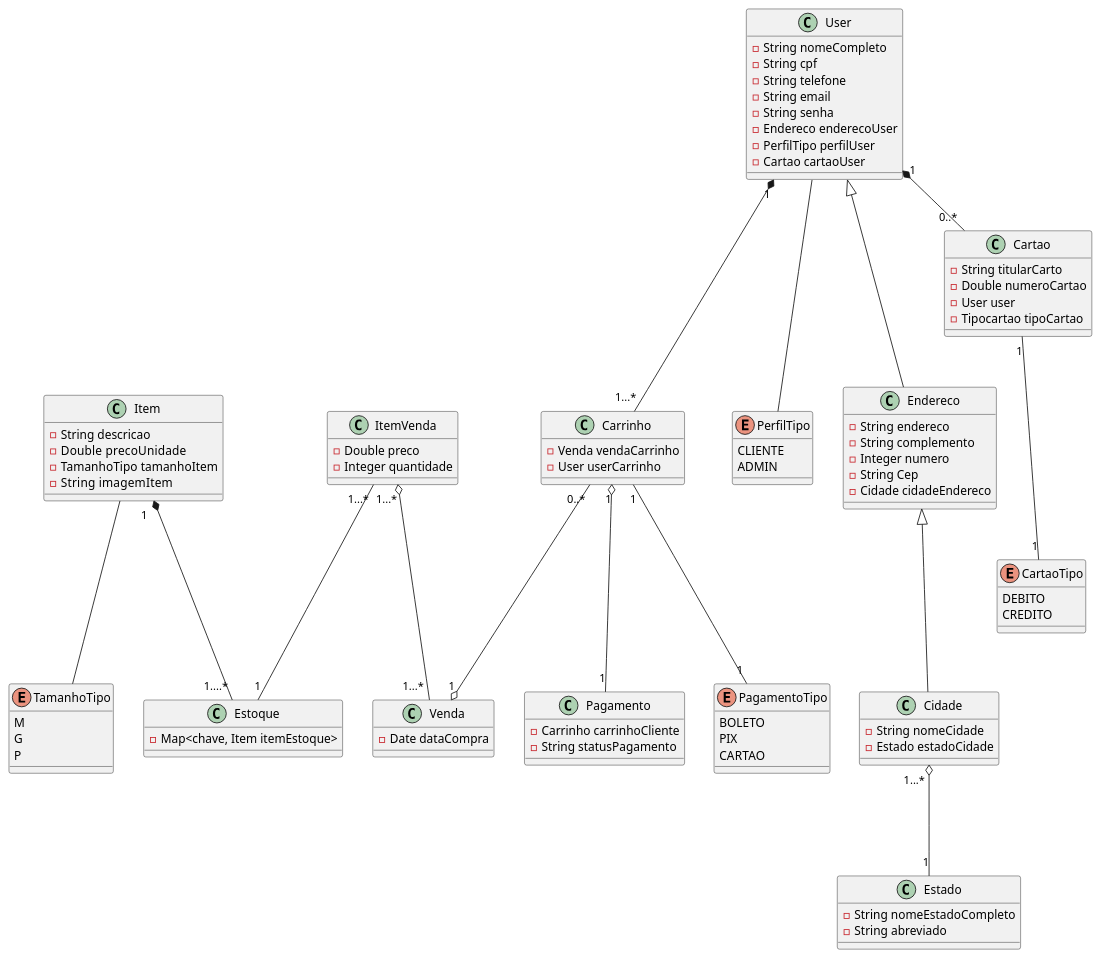
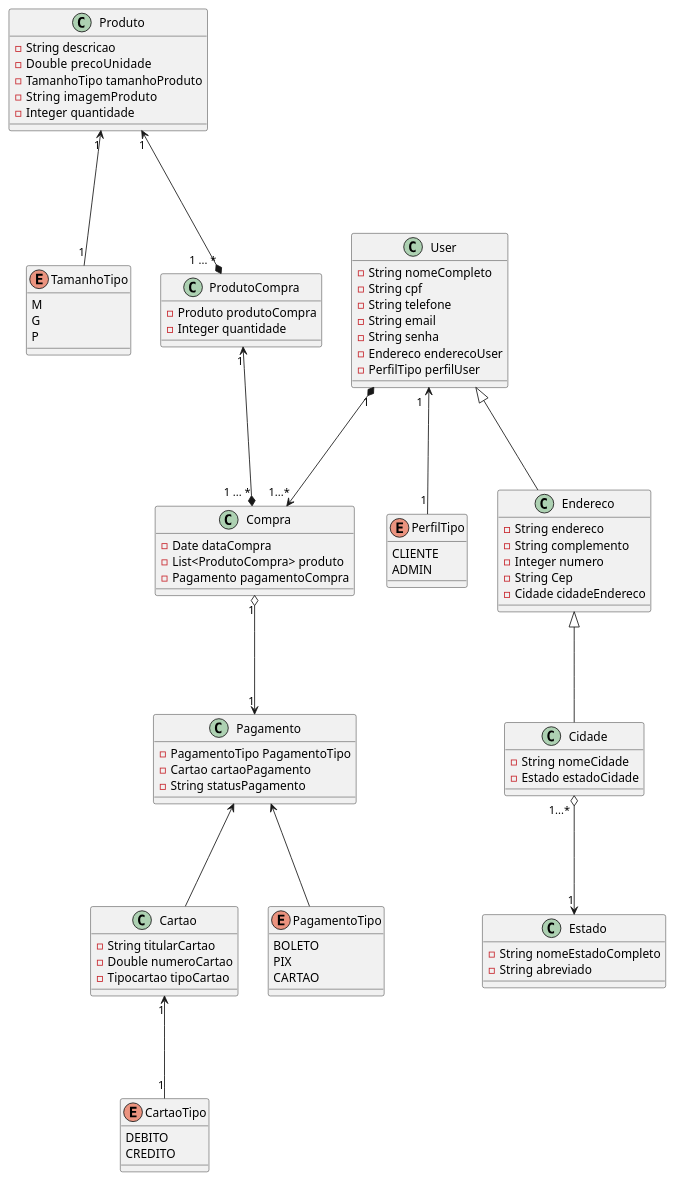
The diagram in plantuml/CadernosInteligentes.plantuml (muniznicole/Ecommerce_CadernosInteligentes), drawn with PlantUML before and after one commit.

Commit message:
NewUML acordado

```diff
--- a/plantuml/CadernosInteligentes.plantuml
+++ b/plantuml/CadernosInteligentes.plantuml
@@ -1,106 +1,99 @@
 @startuml CadernosInteligentes
 
-    class Estoque {
-        - Map<chave, Item itemEstoque>
-    }
-
-    class Item {
+    class Produto {
         - String descricao
         - Double  precoUnidade
-        - TamanhoTipo tamanhoItem
-        - String  imagemItem
+        - TamanhoTipo tamanhoProduto
+        - String  imagemProduto
+        - Integer quantidade
     }
 
     enum TamanhoTipo {
         M
         G
         P
     }
 
     enum PerfilTipo {
         CLIENTE
         ADMIN
     }
 
     class User {
         - String nomeCompleto
         - String cpf
         - String telefone
         - String email
         - String senha
         - Endereco enderecoUser
         - PerfilTipo perfilUser
-        - Cartao cartaoUser
     }
 
     class Endereco{
         - String endereco
         - String complemento
         - Integer numero
         - String Cep
         - Cidade cidadeEndereco
     }
 
     class Cidade{
         - String nomeCidade
         - Estado estadoCidade
     }
 
     class Estado{
         - String nomeEstadoCompleto
         - String abreviado
     }
 
-    class Carrinho{
-        - Venda vendaCarrinho
-        - User userCarrinho
-    }
 
     class Pagamento{
-        - Carrinho carrinhoCliente
+        - PagamentoTipo PagamentoTipo
+        - Cartao cartaoPagamento
         - String statusPagamento
     }
 
     class Cartao{
-        - String titularCarto
+        - String titularCartao
         - Double numeroCartao
-        - User user
         - Tipocartao tipoCartao
     }
 
     enum CartaoTipo{
         DEBITO
         CREDITO
     }
 
     enum PagamentoTipo{
         BOLETO
         PIX
         CARTAO
     }
 
-    class ItemVenda{
-        - Double preco
+    class Compra{
+        - Date dataCompra
+        - List<ProdutoCompra> produto
+        - Pagamento pagamentoCompra
+    }
+
+    class ProdutoCompra{
+        - Produto produtoCompra
         - Integer quantidade
     }
 
-    class Venda{
-        - Date dataCompra
-    }
+    Produto "1" <--- "1" TamanhoTipo
+    ProdutoCompra "1" <---* "1 ... *" Compra
+    Produto "1" <---* "1 ... *" ProdutoCompra
+    User "1  " <--- "  1" PerfilTipo
+    User <|---  Endereco
+    User "1" *---> "1...*" Compra
+    Endereco <|---  Cidade
+    Cidade " 1...* " o---> "1" Estado
+    Cartao "1" <--- "1" CartaoTipo
+    Compra "1" o---> "1" Pagamento
+    Pagamento <--- PagamentoTipo
+    Pagamento <--- Cartao
 
-    Item  ---  TamanhoTipo
-    User  ---  PerfilTipo
-    User <|---  Endereco
-    Endereco <|---  Cidade
-    Cidade " 1...* " o--- "1" Estado
-    Cartao "1" --- "1" CartaoTipo
-    Carrinho "1" --- "1" PagamentoTipo
-    Venda "1" o-up-- "0..*" Carrinho
-    ItemVenda "1...*" --- "1"Estoque 
-    Item "1   " *--- "1....*" Estoque 
-    Venda " 1...* " --up-o "1...*" ItemVenda
-    User "1" *--- "1...*" Carrinho
-    Carrinho "1" o--- "1" Pagamento
-    User "1" *-- "0..*" Cartao
 
 @endstartuml
```
